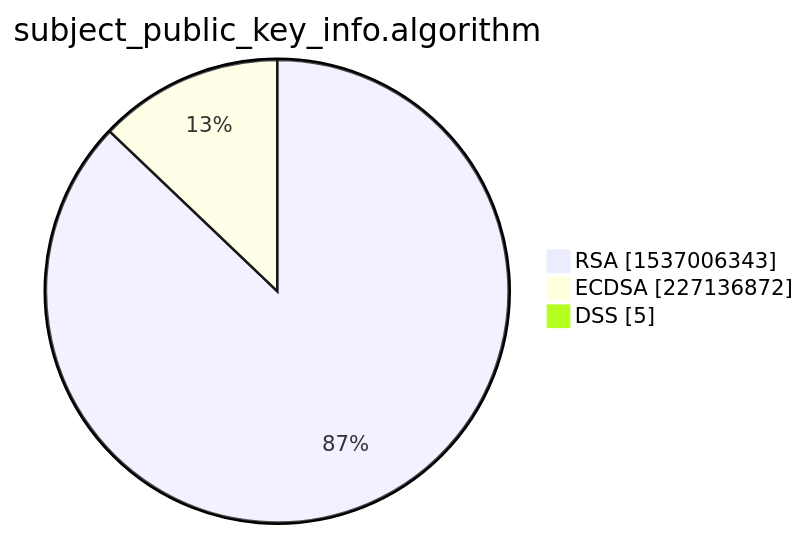
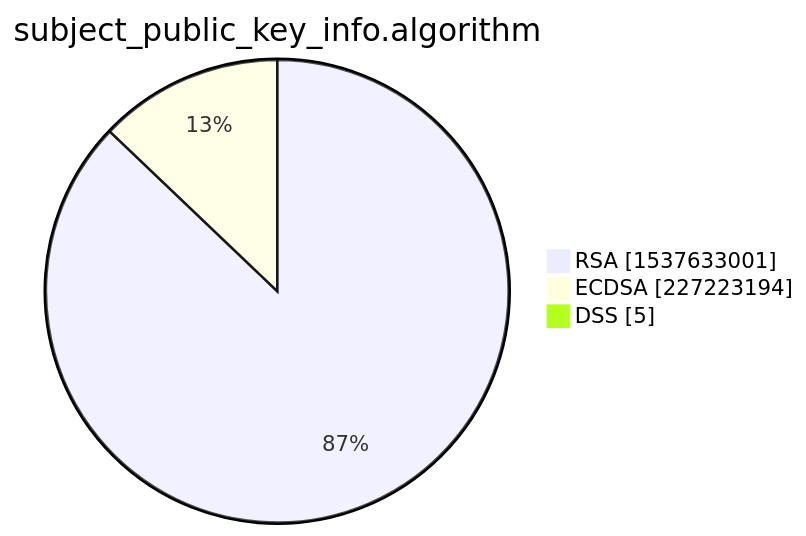
Before and after one commit to christiankrug/ctmonitor_visualization: the third of 15 diagrams in xenon2022/README.md, drawn with Mermaid. The commit also changed other lines of this file, not shown here.

````diff
--- a/xenon2022/README.md
+++ b/xenon2022/README.md
@@ -14,7 +14,7 @@
 ```mermaid
 pie showData
 title subject_public_key_info.algorithm
-"RSA" :1537006343
-"ECDSA" :227136872
+"RSA" :1537633001
+"ECDSA" :227223194
 "DSS" :5
 ```
````
